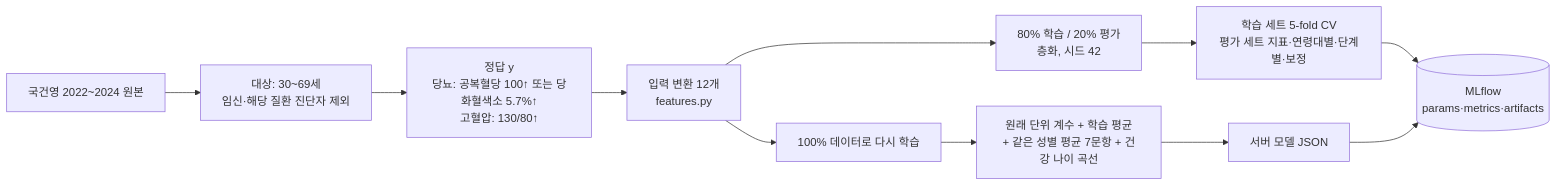
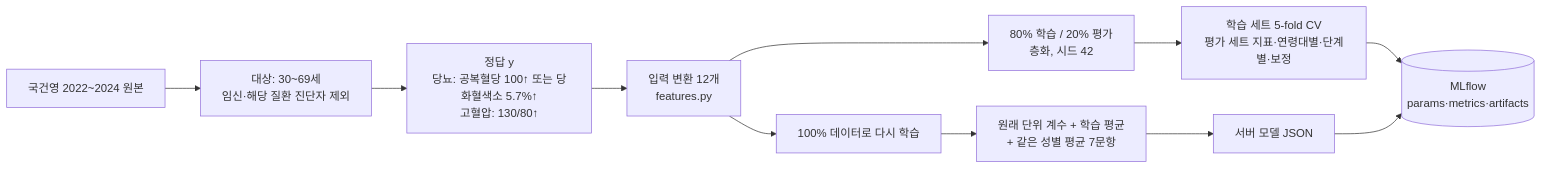
One commit to AI-HealthCare-07/pair2care changed the first of 2 diagrams in ml/README.md. Above: the diagram before and after it, drawn with Mermaid. The commit also changed other lines of this file and 5 other files, not shown here.

````diff
--- a/ml/README.md
+++ b/ml/README.md
@@ -35,13 +35,13 @@
 ```mermaid
 flowchart LR
     A[국건영 2022~2024 원본] --> B[대상: 30~69세<br/>임신·해당 질환 진단자 제외]
     B --> C[정답 y<br/>당뇨: 공복혈당 100↑ 또는 당화혈색소 5.7%↑<br/>고혈압: 130/80↑]
     C --> D[입력 변환 12개<br/>features.py]
     D --> E[80% 학습 / 20% 평가<br/>층화, 시드 42]
     E --> F[학습 세트 5-fold CV<br/>평가 세트 지표·연령대별·단계별·보정]
     D --> G[100% 데이터로 다시 학습]
-    G --> H[원래 단위 계수 + 학습 평균<br/>+ 같은 성별 평균 7문항 + 건강 나이 곡선]
+    G --> H[원래 단위 계수 + 학습 평균<br/>+ 같은 성별 평균 7문항]
     H --> I[서버 모델 JSON]
     F --> J[(MLflow<br/>params·metrics·artifacts)]
     I --> J
 ```
````
